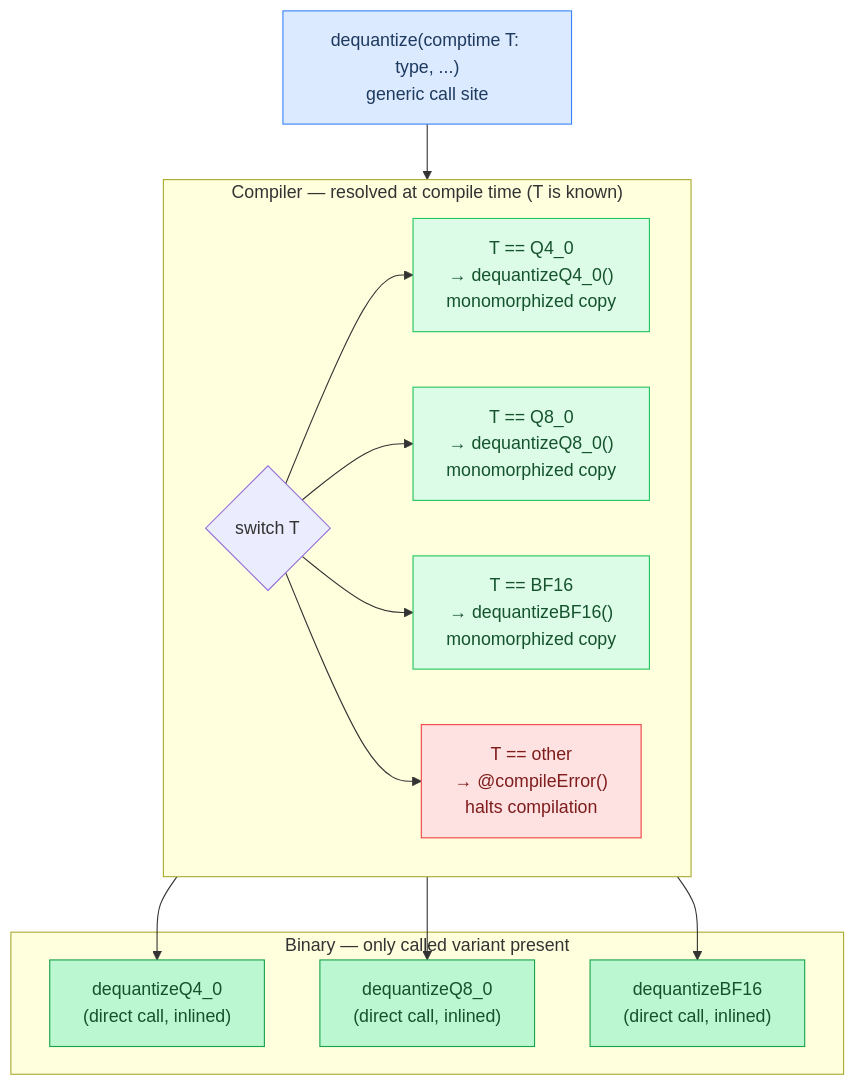
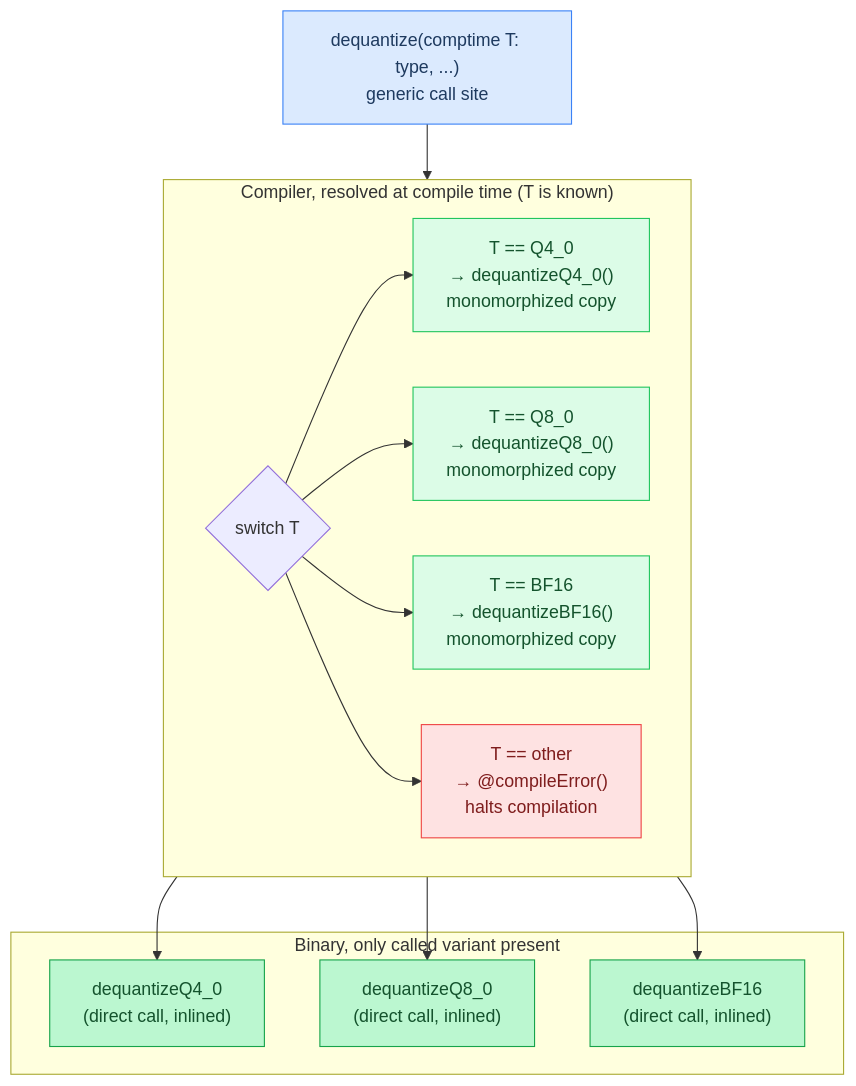
The fifth of 7 diagrams in docs/tutorial/appendix-compile-time.md (maci0/agave), drawn with Mermaid before and after one commit. The commit also changed other lines of this file and 196 other files, not shown here.

````diff
--- a/docs/tutorial/appendix-compile-time.md
+++ b/docs/tutorial/appendix-compile-time.md
@@ -438,39 +438,39 @@
 ```mermaid
 flowchart TD
     classDef setup     fill:#dbeafe,stroke:#3b82f6,color:#1e3a5f
     classDef sync      fill:#dcfce7,stroke:#22c55e,color:#14532d
     classDef migration fill:#fef9c3,stroke:#eab308,color:#713f12
     classDef success   fill:#bbf7d0,stroke:#16a34a,color:#14532d
     classDef danger    fill:#fee2e2,stroke:#ef4444,color:#7f1d1d
     classDef optional  fill:#f3e8ff,stroke:#9333ea,color:#581c87
 
     Generic["dequantize(comptime T: type, ...)\ngeneric call site"]:::setup
     Q4["T == Q4_0\n→ dequantizeQ4_0()\nmonomorphized copy"]:::sync
     Q8["T == Q8_0\n→ dequantizeQ8_0()\nmonomorphized copy"]:::sync
     BF["T == BF16\n→ dequantizeBF16()\nmonomorphized copy"]:::sync
     ERR["T == other\n→ @compileError()\nhalts compilation"]:::danger
     BQ4["dequantizeQ4_0\n(direct call, inlined)"]:::success
     BQ8["dequantizeQ8_0\n(direct call, inlined)"]:::success
     BBF["dequantizeBF16\n(direct call, inlined)"]:::success
 
-    subgraph CompileTime["Compiler — resolved at compile time (T is known)"]
+    subgraph CompileTime["Compiler, resolved at compile time (T is known)"]
         direction LR
         SW{"switch T"}
         Q4
         Q8
         BF
         ERR
         SW --> Q4 & Q8 & BF & ERR
     end
 
-    subgraph Binary["Binary — only called variant present"]
+    subgraph Binary["Binary, only called variant present"]
         BQ4
         BQ8
         BBF
     end
 
     Generic --> SW
     Q4 --> BQ4
     Q8 --> BQ8
     BF --> BBF
 ```
````
